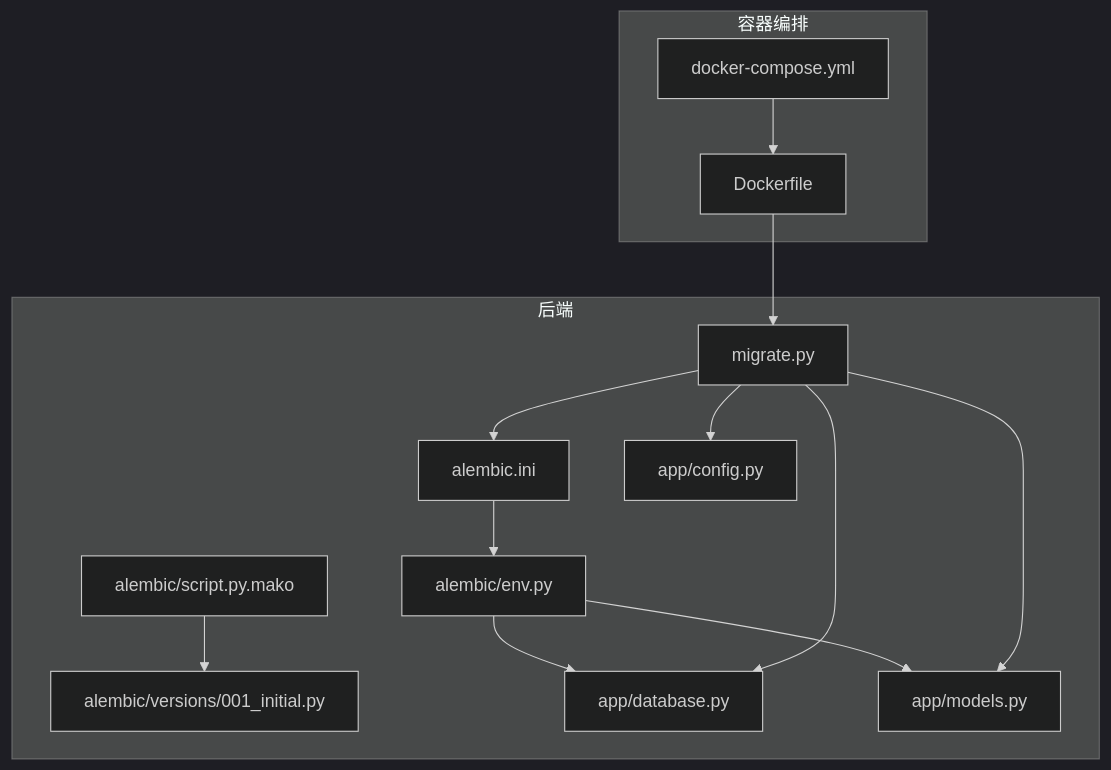
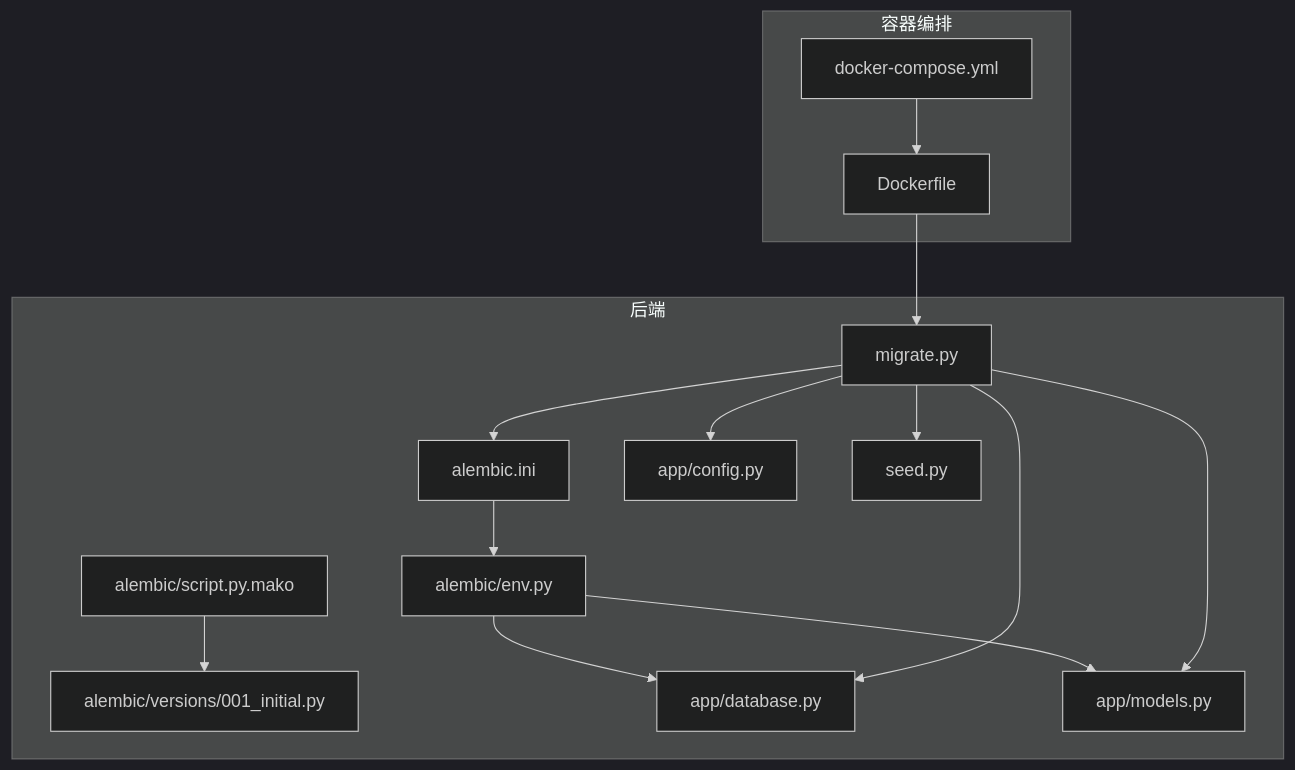
One commit to onebody/homework changed the first of 4 diagrams in .qoder/repowiki/zh/content/数据库设计/Alembic数据库迁移系统.md. Above: the diagram before and after it, drawn with Mermaid (dark theme). The commit also changed other lines of this file and 6 other files, not shown here.

````diff
--- a/.qoder/repowiki/zh/content/数据库设计/Alembic数据库迁移系统.md
+++ b/.qoder/repowiki/zh/content/数据库设计/Alembic数据库迁移系统.md
@@ -48,27 +56,29 @@
 ```mermaid
 graph TB
 subgraph "后端"
 A["alembic.ini"]
 B["alembic/env.py"]
 C["alembic/script.py.mako"]
 D["alembic/versions/001_initial.py"]
 E["app/database.py"]
 F["app/models.py"]
 G["app/config.py"]
 H["migrate.py"]
+I["seed.py"]
 end
 subgraph "容器编排"
-I["Dockerfile"]
-J["docker-compose.yml"]
+J["Dockerfile"]
+K["docker-compose.yml"]
 end
 A --> B
 B --> E
 B --> F
 C --> D
 H --> A
 H --> E
 H --> F
 H --> G
-I --> H
-J --> I
+H --> I
+J --> H
+K --> J
 ```
````
